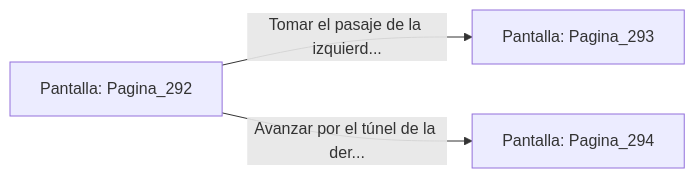
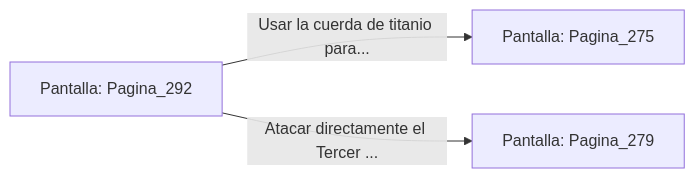
Before and after one commit to metsuke/mpl: the diagram in sample/eligejuego-vault/Pantalla_Pagina_292.md, drawn with Mermaid. The commit also changed other lines of this file and 635 other files, not shown here.

First line of the commit message:
fix: añadir Pagina_1 como pantalla inicial en capitulo_01.mpl

````diff
--- a/sample/eligejuego-vault/Pantalla_Pagina_292.md
+++ b/sample/eligejuego-vault/Pantalla_Pagina_292.md
@@ -20,6 +22,6 @@
 ```mermaid
 graph LR
     P_Pagina_292["Pantalla: Pagina_292"]
-    P_Pagina_292 -->|"Tomar el pasaje de la izquierd..."| P_Pagina_293["Pantalla: Pagina_293"]
-    P_Pagina_292 -->|"Avanzar por el túnel de la der..."| P_Pagina_294["Pantalla: Pagina_294"]
+    P_Pagina_292 -->|"Usar la cuerda de titanio para..."| P_Pagina_275["Pantalla: Pagina_275"]
+    P_Pagina_292 -->|"Atacar directamente el Tercer ..."| P_Pagina_279["Pantalla: Pagina_279"]
 ```
````
